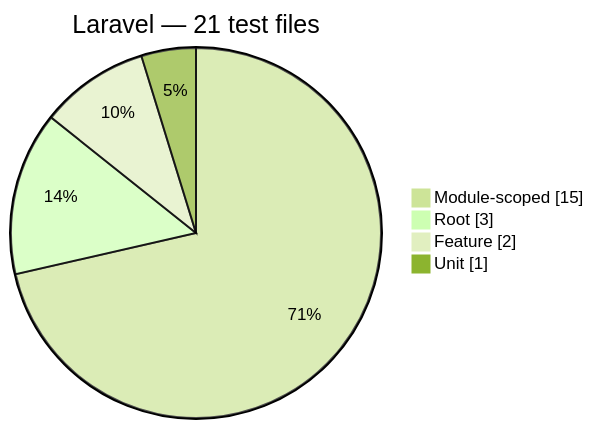
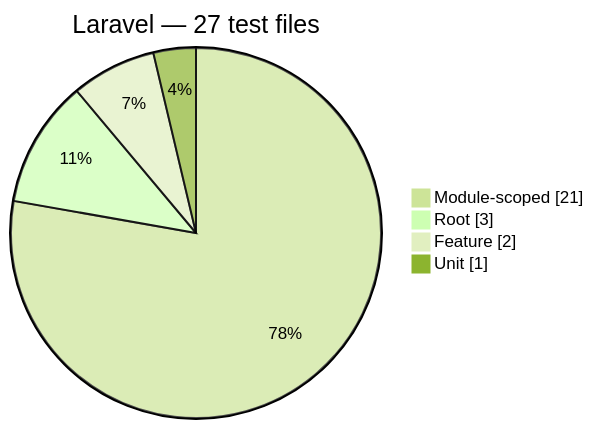
The second of 2 diagrams in docs/generated/test-composition.md (Mohammed-Alama/php-arazzo), drawn with Mermaid (forest theme) before and after one commit. The commit also changed other lines of this file and 10 other files, not shown here.

First line of the commit message:
test(laravel-bindings): cover container wiring, config flow, and event bridge

````diff
--- a/docs/generated/test-composition.md
+++ b/docs/generated/test-composition.md
@@ -38,8 +38,8 @@
 ```mermaid
 pie showData
-    title Laravel — 21 test files
-    "Module-scoped": 15
+    title Laravel — 27 test files
+    "Module-scoped": 21
     "Root": 3
     "Feature": 2
     "Unit": 1
 ```
````
